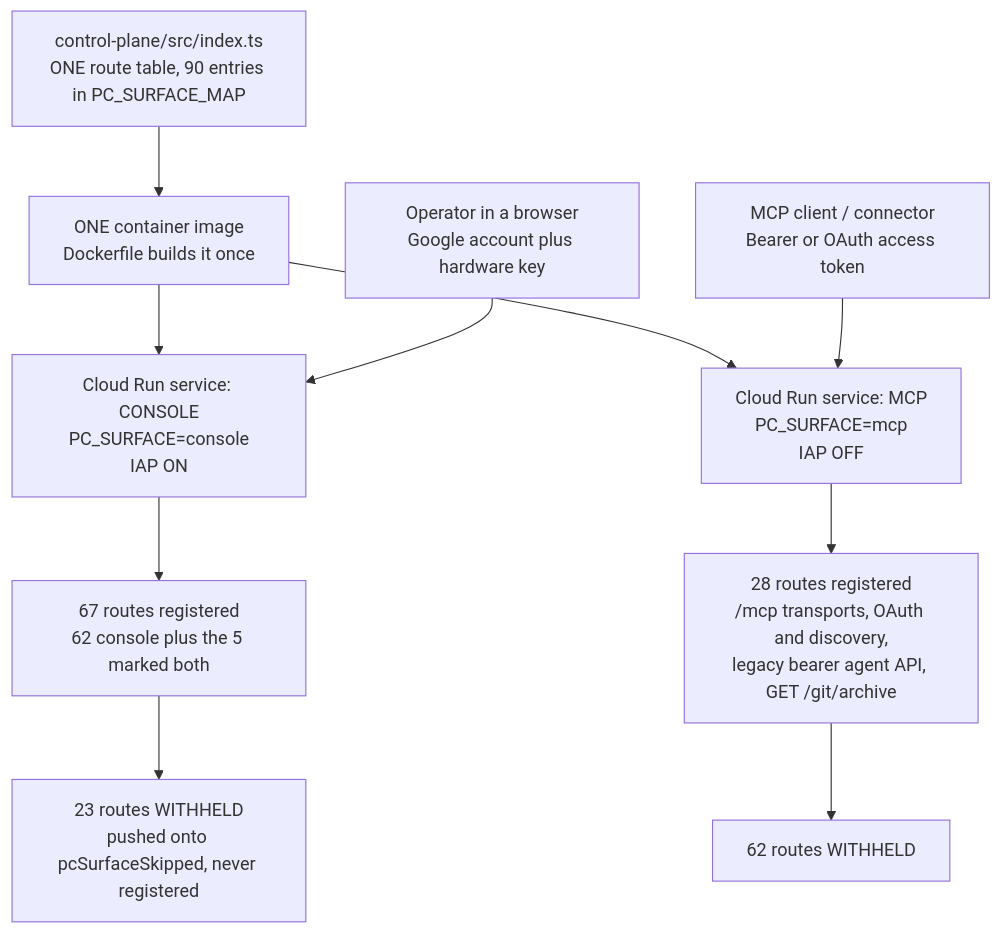
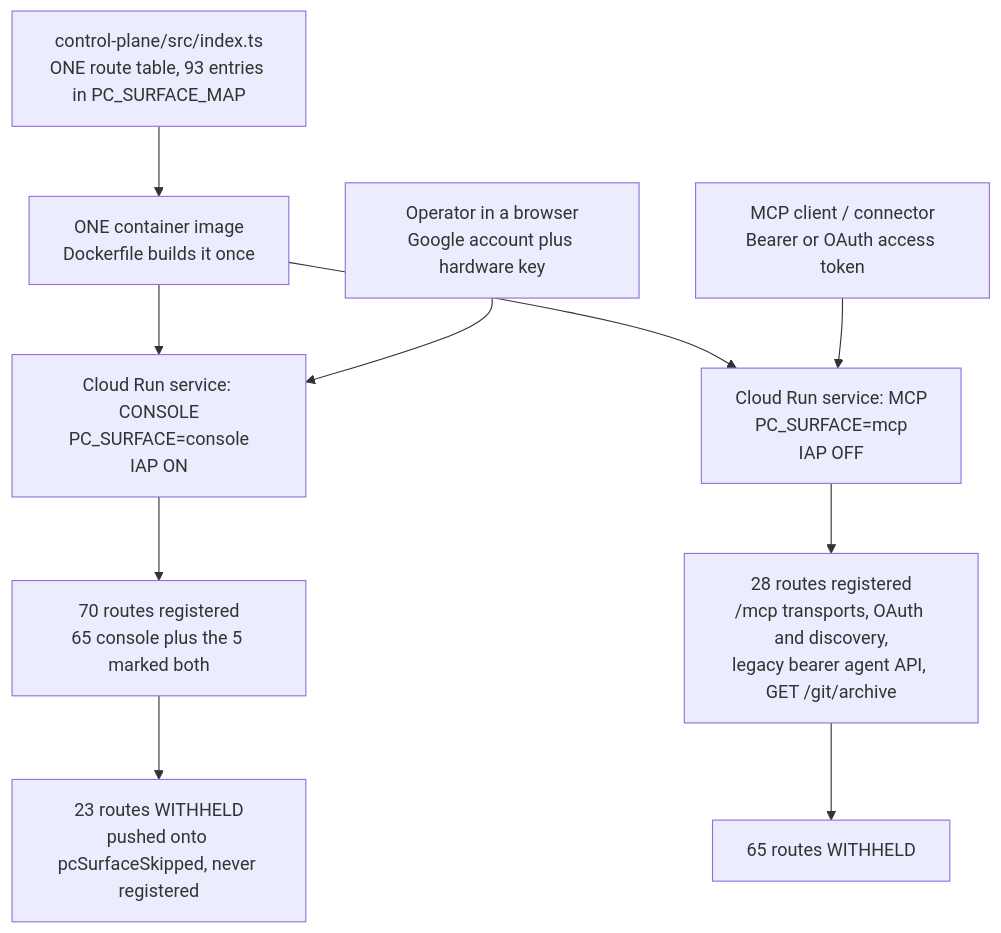
The first of 5 diagrams in wiki/pages/architecture.md (paracoding-ai/paracoding-oss), drawn with Mermaid before and after one commit. The commit also changed 63 other files, not shown here.

````diff
--- a/wiki/pages/architecture.md
+++ b/wiki/pages/architecture.md
@@ -45,18 +45,18 @@
 ```mermaid
 flowchart TB
-  SRC["control-plane/src/index.ts<br/>ONE route table, 90 entries in PC_SURFACE_MAP"]
+  SRC["control-plane/src/index.ts<br/>ONE route table, 93 entries in PC_SURFACE_MAP"]
   IMG["ONE container image<br/>Dockerfile builds it once"]
   SRC --> IMG
 
   IMG --> CON["Cloud Run service: CONSOLE<br/>PC_SURFACE=console<br/>IAP ON"]
   IMG --> MCP["Cloud Run service: MCP<br/>PC_SURFACE=mcp<br/>IAP OFF"]
 
-  CON --> C1["67 routes registered<br/>62 console plus the 5 marked both"]
+  CON --> C1["70 routes registered<br/>65 console plus the 5 marked both"]
   MCP --> M1["28 routes registered<br/>/mcp transports, OAuth and discovery,<br/>legacy bearer agent API, GET /git/archive"]
 
   C1 --> CSKIP["23 routes WITHHELD<br/>pushed onto pcSurfaceSkipped, never registered"]
-  M1 --> MSKIP["62 routes WITHHELD"]
+  M1 --> MSKIP["65 routes WITHHELD"]
 
   HUM["Operator in a browser<br/>Google account plus hardware key"] --> CON
   BOT["MCP client / connector<br/>Bearer or OAuth access token"] --> MCP
 ```
````
